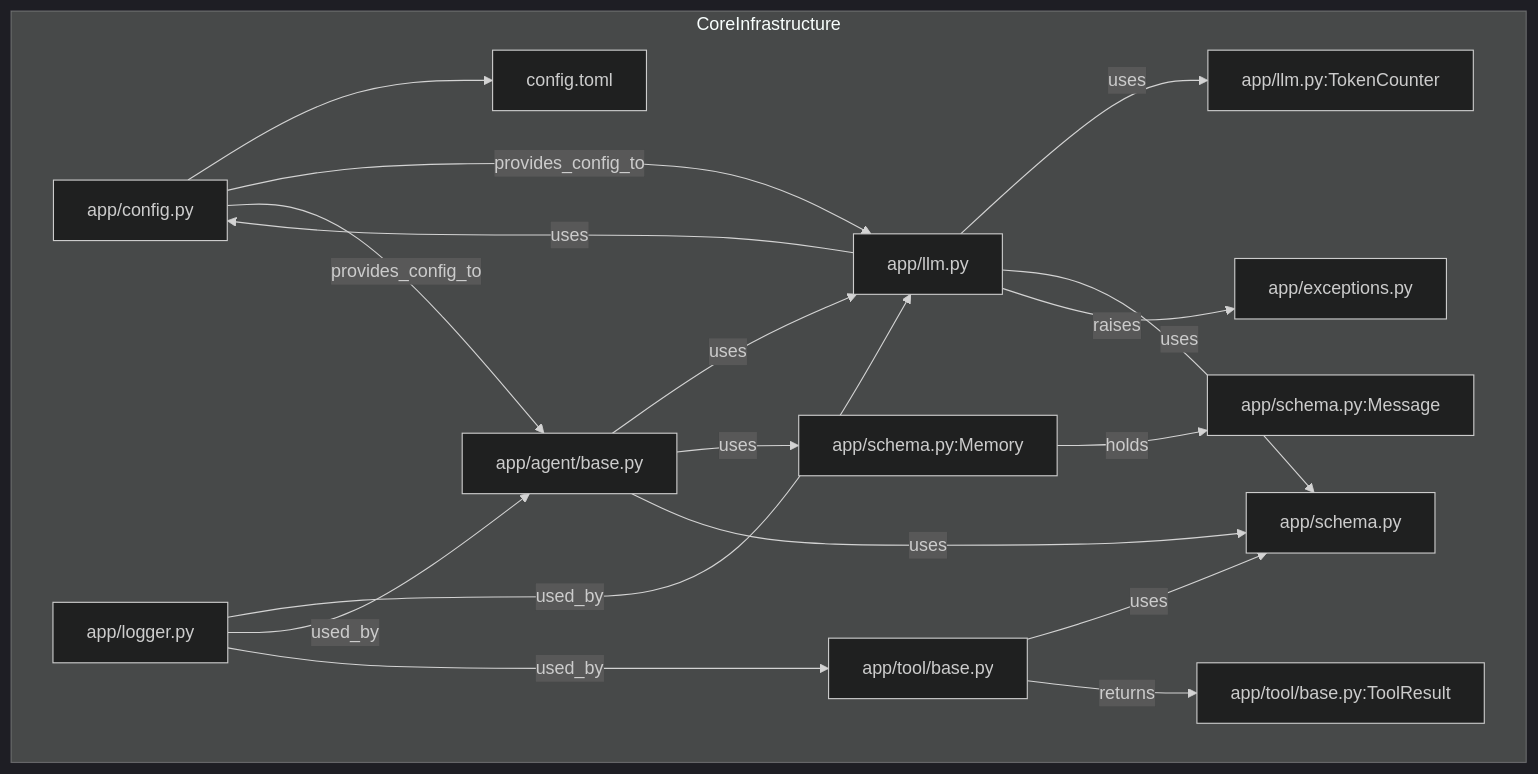
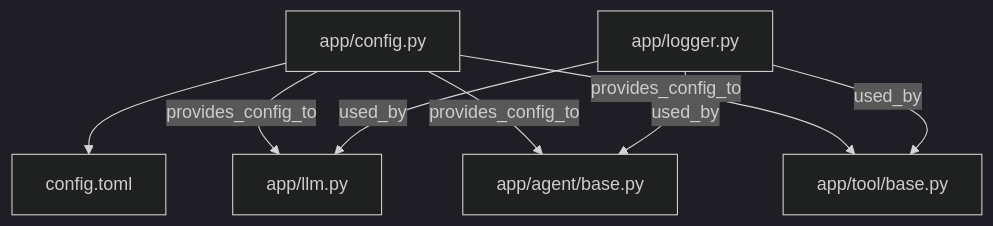
The first of 3 diagrams in docs/iteration_1_analysis.md (ywfhighlo/OpenManus-docs), drawn with Mermaid (dark theme) before and after one commit. The commit also changed other lines of this file and 1 other file, not shown here.

Commit message:
优先使用多个小图表而非复杂大图

````diff
--- a/docs/iteration_1_analysis.md
+++ b/docs/iteration_1_analysis.md
@@ -56,25 +58,13 @@
 ```mermaid
 graph TD
-    subgraph "CoreInfrastructure"
-        ConfigService["app/config.py"] --> ConfigFile["config.toml"]
-        LLMClient["app/llm.py"] -- uses --> ConfigService
-        LLMClient -- uses --> TokenCounter["app/llm.py:TokenCounter"]
-        LLMClient -- uses --> DataSchemas
-        LLMClient -- raises --> Exceptions["app/exceptions.py"]
-        BaseAgent["app/agent/base.py"] -- uses --> LLMClient
-        BaseAgent -- uses --> MemoryStore["app/schema.py:Memory"]
-        BaseAgent -- uses --> DataSchemas
-        BaseTool["app/tool/base.py"] -- uses --> DataSchemas
-        BaseTool -- returns --> ToolResult["app/tool/base.py:ToolResult"]
-        MemoryStore -- holds --> Message["app/schema.py:Message"]
-        DataSchemas["app/schema.py"]
-        Logger["app/logger.py"]
-        Exceptions
-    end
+    ConfigService["app/config.py"] --> ConfigFile["config.toml"]
+    Logger["app/logger.py"]
 
-    ConfigService -- provides_config_to --> LLMClient
-    ConfigService -- provides_config_to --> BaseAgent
+    ConfigService -- provides_config_to --> LLMClient["app/llm.py"]
+    ConfigService -- provides_config_to --> BaseAgent["app/agent/base.py"]
+    ConfigService -- provides_config_to --> BaseTool["app/tool/base.py"]
+
     Logger -- used_by --> LLMClient
     Logger -- used_by --> BaseAgent
     Logger -- used_by --> BaseTool
 ```
````
